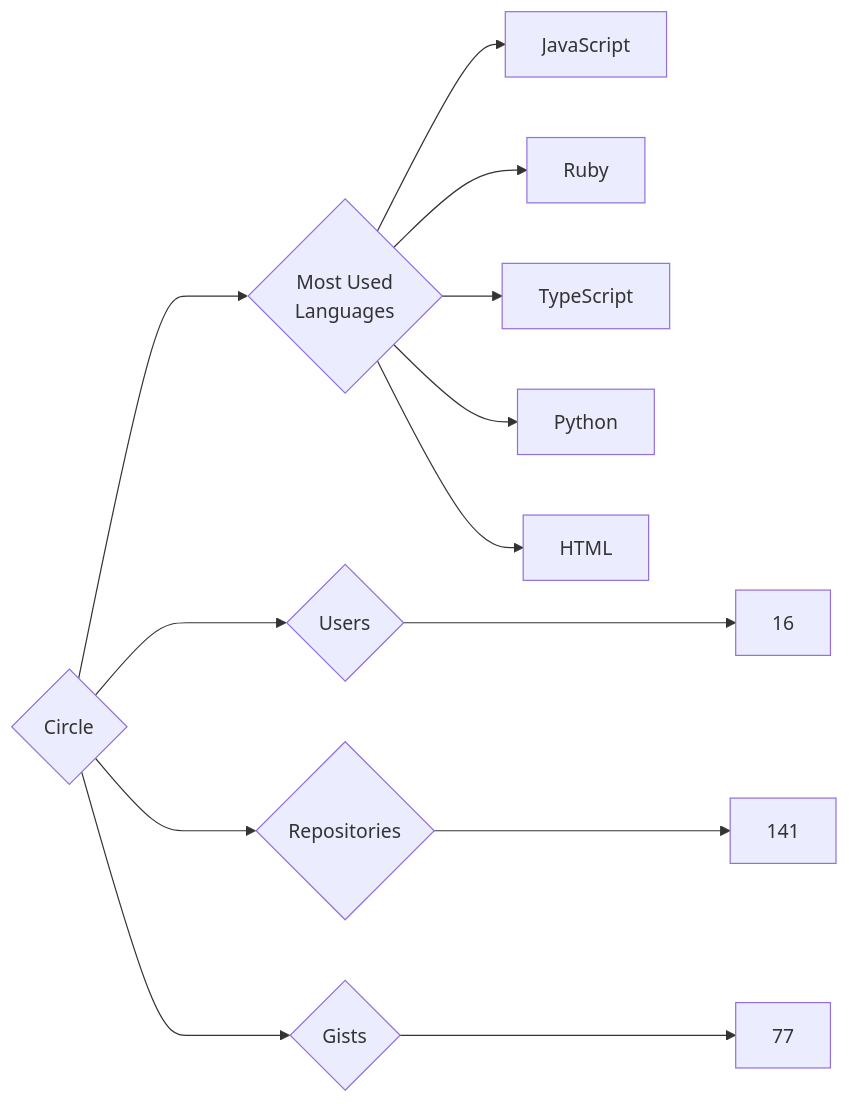
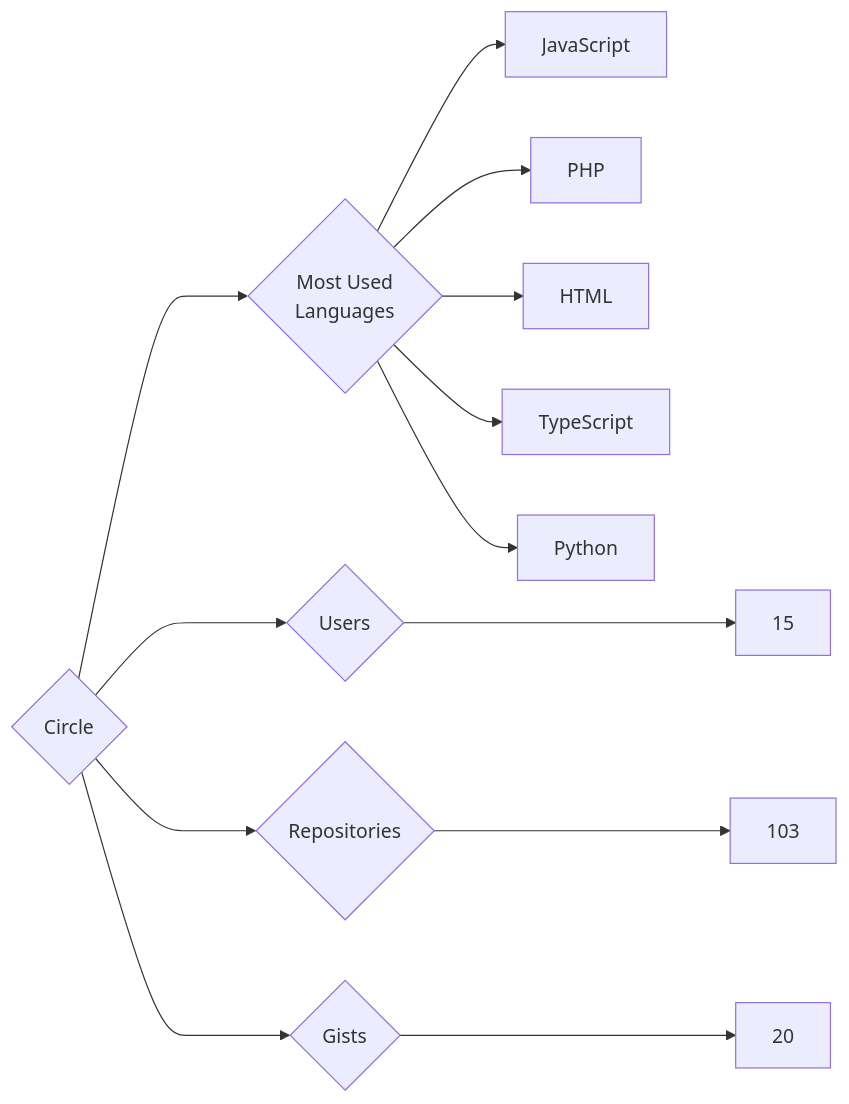
Before and after one commit to trickest/insiders: the diagram in targets/Circle/README.md, drawn with Mermaid. The commit also changed 594 other files, not shown here.

````diff
--- a/targets/Circle/README.md
+++ b/targets/Circle/README.md
@@ -3,13 +3,13 @@
 ```mermaid
 graph LR
 COMPANY_NAME{Circle}
-COMPANY_NAME ---> U{Users} ---> UN[16]
-COMPANY_NAME ---> R{Repositories} ---> RN[141]
-COMPANY_NAME ---> G{Gists} ---> GN[77]
+COMPANY_NAME ---> U{Users} ---> UN[15]
+COMPANY_NAME ---> R{Repositories} ---> RN[103]
+COMPANY_NAME ---> G{Gists} ---> GN[20]
 COMPANY_NAME ---> ML{Most Used<br>Languages}
 ML --> JavaScript[JavaScript]
-ML --> Ruby[Ruby]
+ML --> PHP[PHP]
+ML --> HTML[HTML]
 ML --> TypeScript[TypeScript]
 ML --> Python[Python]
-ML --> HTML[HTML]
 ```
````
